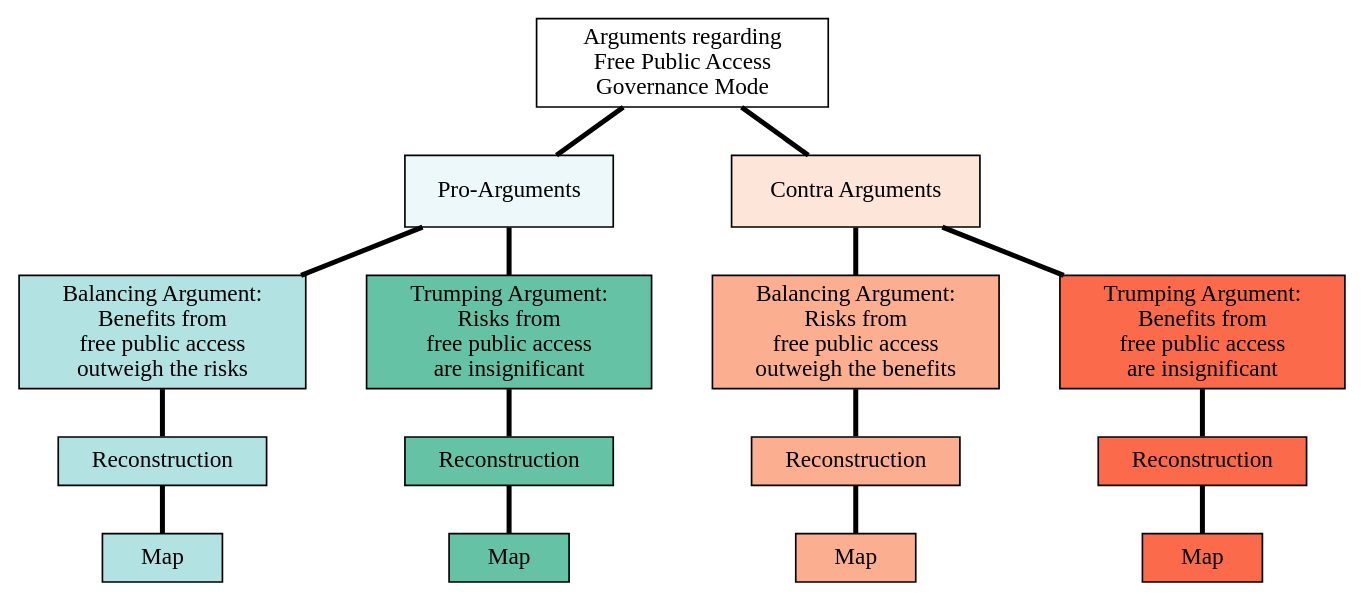
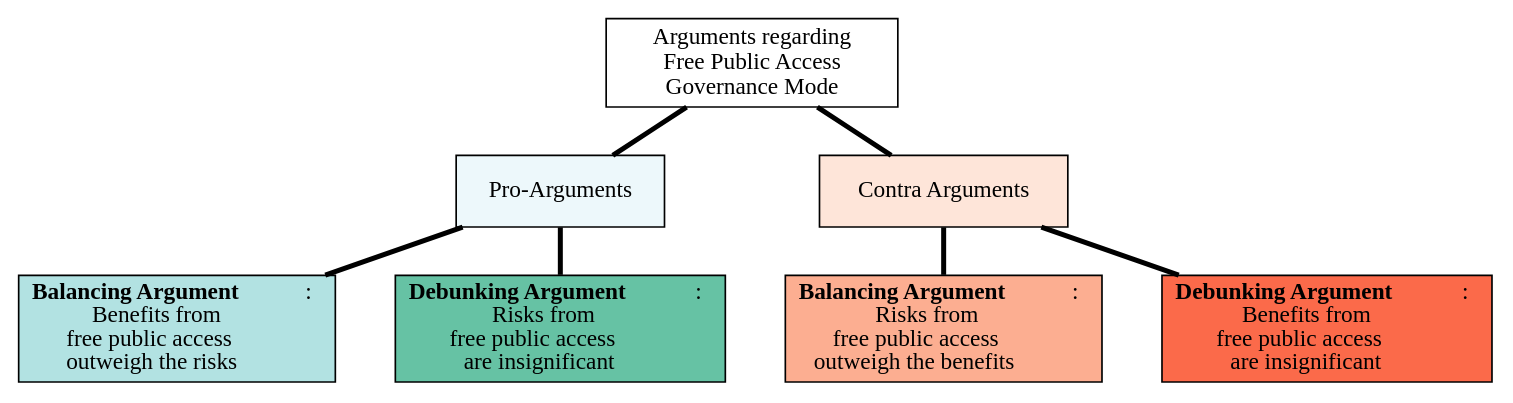
The diagram in Graphics/GM-1-arg-structure.dot (JenkaUbuntu/twon-website-mockup.github.io), drawn with Graphviz before and after one commit. The commit also changed 8 other files, not shown here.

Commit message:
twon-rekos erweitert

```diff
--- a/Graphics/GM-1-arg-structure.dot
+++ b/Graphics/GM-1-arg-structure.dot
@@ -1,168 +1,101 @@
 digraph "Argument Structure GM-1: Free Public Access" {
  graph [newrank = true,
 		nodesep = 0.5,
 		ranksep = 0.4,
 		overlap = true,
 		splines = false,]
  node [fixedsize = false,
 		fontsize = 14,
 		height = 1,
 		shape = box,
 		style = "filled,setlinewidth(1)",
 		width = 1,
 		color=black]
  edge [arrowhead = none,
 		arrowsize = 1,
 		labelfontname = "Ubuntu",
 		weight = 10,
 		style = "filled,setlinewidth(3)",
 		color=black]
 
  Label_1 [
   label="Arguments regarding \n Free Public Access \nGovernance Mode",
   URL="https://jenkaubuntu.github.io/twon-website-mockup.github.io/argument-rekos/arg-rekos.html",
   fillcolor="white",
   width=1
   height=.6]
   
  pro_1 [
     href="https://jenkaubuntu.github.io/twon-website-mockup.github.io/argument-rekos/arg-rekos.html#pro-arguments-free-public-access",
     fillcolor="#edf8fb",
     fixedsize=false,
     label="Pro-Arguments"
     height=0.6,
     row=func,
     width=1]
  pro_ba_1_claim [
     fillcolor="#b2e2e2",
     fixedsize=false,
-    label="Balancing Argument: \n Benefits from \nfree public access \noutweigh the risks"
+    label=<<b>Balancing Argument</b>: <br/>Benefits from <br/>free public access <br/>outweigh the risks>,
+    URL="https://jenkaubuntu.github.io/twon-website-mockup.github.io/argument-rekos/arg-rekos.html#balancing-pro-argumentation-gm-1",
     fontcolor=black,
     height=0.6,
     row=func,
     width=1]
- pro_ba_arg_reko_1 [
-    URL="https://jenkaubuntu.github.io/twon-website-mockup.github.io/argument-rekos/arg-rekos.html#balancing-pro-argumentation-gm-1",
-    fillcolor="#b2e2e2",
-    fixedsize=false,
-    label="Reconstruction"
-    fontcolor=black,
-    height=0.4,
-    row=func,
-    width=1]
- pro_ba_arg_map_1 [
-    URL="",
-    fillcolor="#b2e2e2",
-    fixedsize=false,
-    label="Map"
-    fontcolor=black,
-    height=0.4,
-    row=func,
-    width=1]
+
  pro_trump_1_claim [
-    URL="",
+    URL="https://jenkaubuntu.github.io/twon-website-mockup.github.io/argument-rekos/arg-rekos.html#debunking-pro-argumentation-gm-1",
     fillcolor="#66c2a4",
     fixedsize=false,
-    label="Trumping Argument: \nRisks from \nfree public access \nare insignificant "
+    label=<<b>Debunking Argument</b>: <br/>Risks from <br/>free public access <br/>are insignificant>
     fontcolor=black,
     height=0.6,
     row=func,
     width=1]
- pro_trump_arg_reko_1 [
-    URL="https://jenkaubuntu.github.io/twon-website-mockup.github.io/argument-rekos/arg-rekos.html#trumping-pro-argumentation-gm-1",
-    fillcolor="#66c2a4",
-    fixedsize=false,
-    label="Reconstruction"
-    fontcolor=black,
-    height=0.4,
-    row=func,
-    width=1]
- pro_trump_arg_map_1 [
-    URL="https://jenkaubuntu.github.io/twon-website-mockup.github.io/argument-rekos/argument-maps.html#gm-1-trumping-argumentation",
-    fillcolor="#66c2a4",
-    fixedsize=false,
-    label="Map"
-    fontcolor=black,
-    height=0.4,
-    row=func,
-    width=1]
+
  
  contra_arg_1 [
     URL="https://jenkaubuntu.github.io/twon-website-mockup.github.io/argument-rekos/arg-rekos.html#contra-arguments-free-public-access",
     fillcolor="#fee5d9",
     fixedsize=false,
     label="Contra Arguments"
     height=0.6,
     row=func,
     width=1]
  contra_ba_1_claim [
-    URL="",
-    fillcolor="#fcae91",
-    fixedsize=false,
-    label="Balancing Argument: \n Risks from \nfree public access \noutweigh the benefits"
-    fontcolor=black,
-    height=0.6,
-    row=func,
-    width=1]
- contra_ba_arg_reko_1 [
     URL="https://jenkaubuntu.github.io/twon-website-mockup.github.io/argument-rekos/arg-rekos.html#balancing-contra-argument-gm-1",
     fillcolor="#fcae91",
     fixedsize=false,
-    label="Reconstruction"
+    label=<<b>Balancing Argument</b>: <br/>Risks from <br/>free public access <br/>outweigh the benefits>
     fontcolor=black,
-    height=0.4,
-    row=func,
-    width=1]
- contra_ba_arg_map_1 [
-    URL="",
-    fillcolor="#fcae91",
-    fixedsize=false,
-    label="Map"
-    fontcolor=black,
-    height=0.4,
+    height=0.6,
     row=func,
     width=1]
  contra_trump_1_claim [
     fillcolor="#fb6a4a",
     fixedsize=false,
-    label="Trumping Argument: \nBenefits from \nfree public access \nare insignificant "
+    label=<<b>Debunking Argument</b>: <br/>Benefits from <br/>free public access <br/>are insignificant>,
+    URL="https://jenkaubuntu.github.io/twon-website-mockup.github.io/argument-rekos/arg-rekos.html#debunking-contra-argument-gm-1",
     fontcolor=black,
     height=0.6,
     row=func,
     width=1]
- contra_trump_arg_reko_1 [
-    URL="https://jenkaubuntu.github.io/twon-website-mockup.github.io/argument-rekos/arg-rekos.html#trumping-contra-argument-gm-1",
-    fillcolor="#fb6a4a",
-    fixedsize=false,
-    label="Reconstruction"
-    fontcolor=black,
-    height=0.4,
-    row=func,
-    width=1]
- contra_trump_arg_map_1 [
-    URL="",
-    fillcolor="#fb6a4a",
-    fixedsize=false,
-    label="Map"
-    fontcolor=black,
-    height=0.4,
-    row=func,
-    width=1]
+
   
  Label_1 -> pro_1
  Label_1 -> contra_arg_1
  
  pro_1 -> pro_ba_1_claim
- pro_ba_1_claim -> pro_ba_arg_reko_1
- pro_ba_arg_reko_1 -> pro_ba_arg_map_1
+ // pro_ba_1_claim -> pro_ba_arg_reko_1
+ // pro_ba_arg_reko_1 -> pro_ba_arg_map_1
  pro_1 -> pro_trump_1_claim
- pro_trump_1_claim -> pro_trump_arg_reko_1
- pro_trump_arg_reko_1 -> pro_trump_arg_map_1
+ // pro_trump_1_claim -> pro_trump_arg_reko_1
+ // pro_trump_arg_reko_1 -> pro_trump_arg_map_1
  
  contra_arg_1 -> contra_ba_1_claim
- contra_ba_1_claim -> contra_ba_arg_reko_1
- contra_ba_arg_reko_1 -> contra_ba_arg_map_1
+ // contra_ba_1_claim -> contra_ba_arg_reko_1
+ // contra_ba_arg_reko_1 -> contra_ba_arg_map_1
  contra_arg_1 -> contra_trump_1_claim
- contra_trump_1_claim -> contra_trump_arg_reko_1
- contra_trump_arg_reko_1 -> contra_trump_arg_map_1
+ // contra_trump_1_claim -> contra_trump_arg_reko_1
+ //contra_trump_arg_reko_1 -> contra_trump_arg_map_1
 }
```
